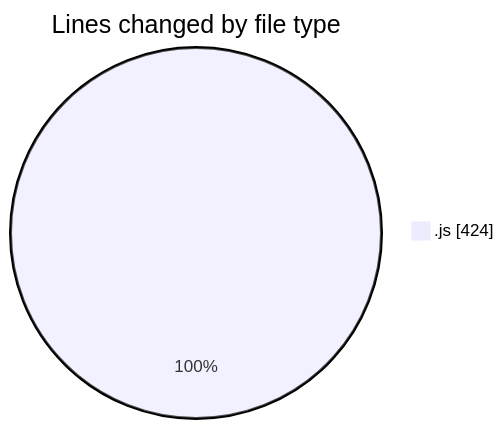
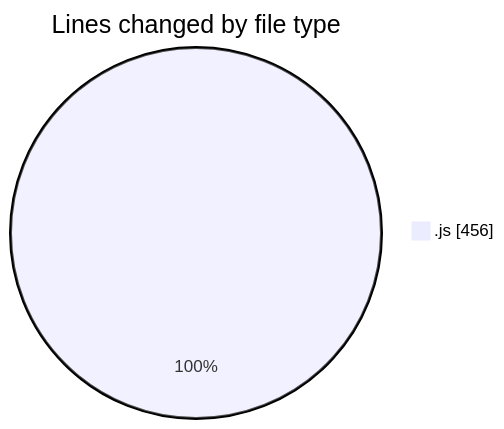
One commit to Ritupan-Deka/code-tracking changed the first of 2 diagrams in 2025-07-31/javascript/README.md. Above: the diagram before and after it, drawn with Mermaid. The commit also changed other lines of this file and 2 other files, not shown here.

````diff
--- a/2025-07-31/javascript/README.md
+++ b/2025-07-31/javascript/README.md
@@ -20,5 +21,5 @@
 ```mermaid
 pie showData
 title Lines changed by file type
-".js" : 424
+".js" : 456
 ```
````
